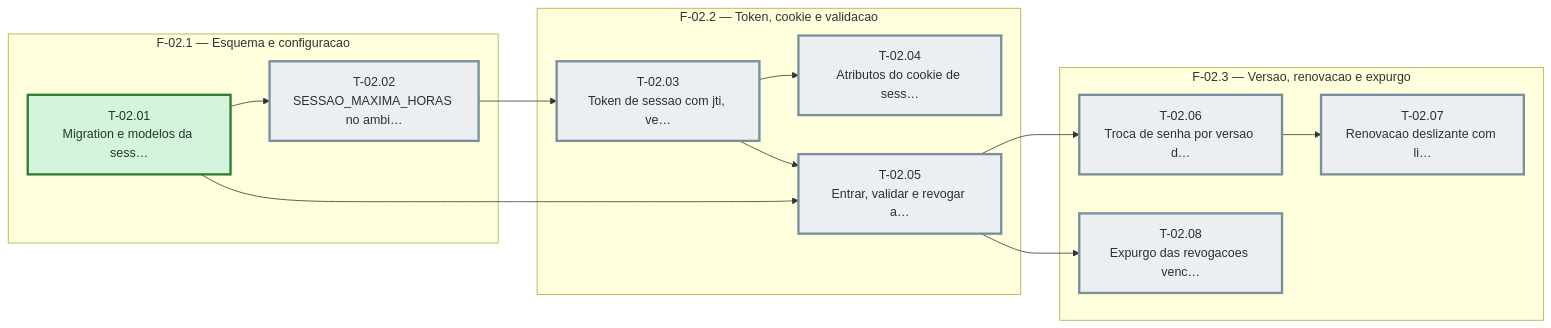
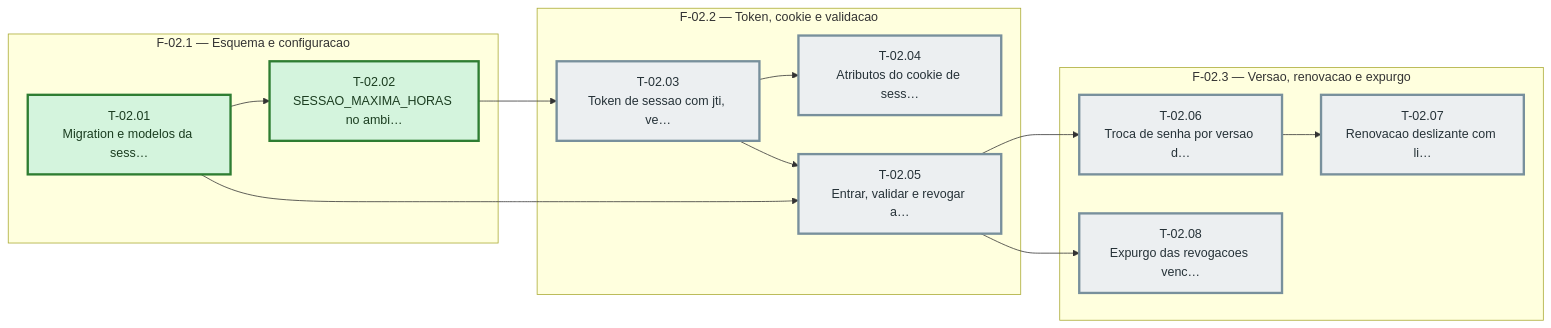
Before and after one commit to bittencourtthulio/converse-chatbot: the diagram in docs/sessao-e-acesso-endurecidos/sprint-02/fases.md, drawn with Mermaid. The commit also changed 8 other files, not shown here.

````diff
--- a/docs/sessao-e-acesso-endurecidos/sprint-02/fases.md
+++ b/docs/sessao-e-acesso-endurecidos/sprint-02/fases.md
@@ -38,42 +38,42 @@
 ```mermaid
 %% Grafo de tasks — sprint-02 — gerado pela sprintx a partir de tasks.md
 flowchart LR
   subgraph fase_02_1["F-02.1 — Esquema e configuracao"]
     T_02_01["T-02.01<br/>Migration e modelos da sess…"]
     T_02_02["T-02.02<br/>SESSAO_MAXIMA_HORAS no ambi…"]
   end
   subgraph fase_02_2["F-02.2 — Token, cookie e validacao"]
     T_02_03["T-02.03<br/>Token de sessao com jti, ve…"]
     T_02_04["T-02.04<br/>Atributos do cookie de sess…"]
     T_02_05["T-02.05<br/>Entrar, validar e revogar a…"]
   end
   subgraph fase_02_3["F-02.3 — Versao, renovacao e expurgo"]
     T_02_06["T-02.06<br/>Troca de senha por versao d…"]
     T_02_07["T-02.07<br/>Renovacao deslizante com li…"]
     T_02_08["T-02.08<br/>Expurgo das revogacoes venc…"]
   end
   T_02_01 --> T_02_02
   T_02_02 --> T_02_03
   T_02_03 --> T_02_04
   T_02_01 --> T_02_05
   T_02_03 --> T_02_05
   T_02_05 --> T_02_06
   T_02_06 --> T_02_07
   T_02_05 --> T_02_08
 
   classDef concluida fill:#d4f4dd,stroke:#2e7d32,color:#1b3d20
   classDef andamento fill:#fff3cd,stroke:#b8860b,color:#4a3800
   classDef bloqueada fill:#f8d7da,stroke:#c62828,color:#4a1d1f
   classDef pendente  fill:#eceff1,stroke:#78909c,color:#263238
   classDef critico   stroke-width:3px
 
   class T_02_01 concluida
-  class T_02_02 pendente
+  class T_02_02 concluida
   class T_02_03 pendente
   class T_02_04 pendente
   class T_02_05 pendente
   class T_02_06 pendente
   class T_02_07 pendente
   class T_02_08 pendente
   class T_02_01,T_02_02,T_02_03,T_02_04,T_02_05,T_02_06,T_02_07,T_02_08 critico
 ```
````
